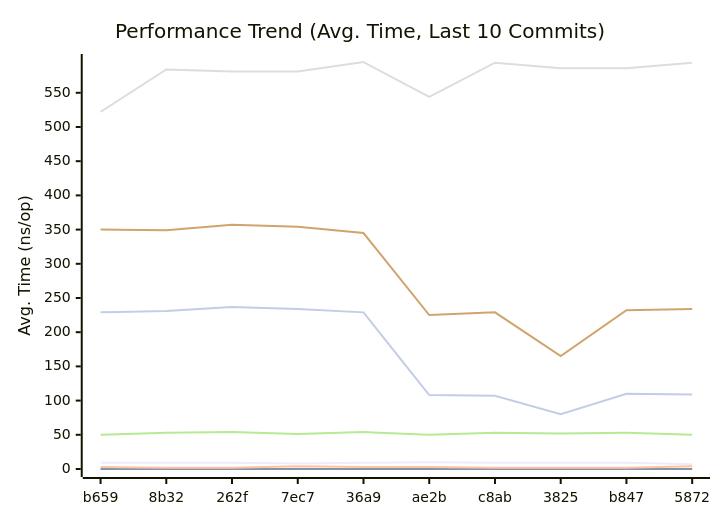
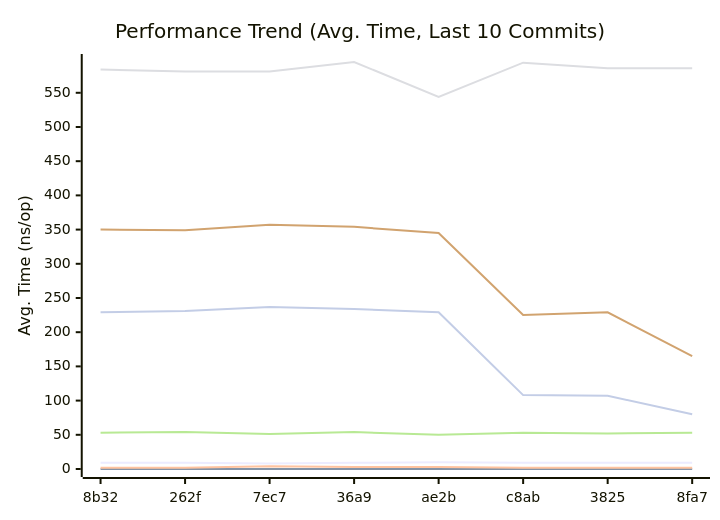
One commit to alsotoes/momo changed the first of 3 diagrams in docs/README.md. Above: the diagram before and after it, drawn with Mermaid. The commit also changed other lines of this file and 1 other file, not shown here.

````diff
--- a/docs/README.md
+++ b/docs/README.md
@@ -303,14 +303,14 @@
 ```mermaid
 xychart-beta
     title "Performance Trend (Avg. Time, Last 10 Commits)"
     x-axis "Commit"
     y-axis "Avg. Time (ns/op)"
-    x-axis [b659,8b32,262f,7ec7,36a9,ae2b,c8ab,3825,b847,5872]
-    line "CheckMetricsAndSwap" [9,9,9,8,9,10,9,9,9,7]
+    x-axis [8b32,262f,7ec7,36a9,ae2b,c8ab,3825,8fa7]
+    line "CheckMetricsAndSwap" [9,9,8,9,10,9,9,9,7,9]
     line "IndexDirectTracking" [0,0,0,0,0,0,0,0,0,0]
-    line "IndexSearch" [3,2,2,4,3,3,2,2,2,4]
-    line "LoadGlobalConfig" [522,584,581,581,595,544,594,586,586,594]
-    line "PadString" [50,53,54,51,54,50,53,52,53,50]
+    line "IndexSearch" [2,2,4,3,3,2,2,2,4,2]
+    line "LoadGlobalConfig" [584,581,581,595,544,594,586,586,594,595]
+    line "PadString" [53,54,51,54,50,53,52,53,50,53]
     line "ParseReplicationOrder_NoPrealloc" [350,349,357,354,345,225,229,165,232,234]
     line "ParseReplicationOrder_Prealloc" [229,231,237,234,229,108,107,80,110,109]
 ```
````
